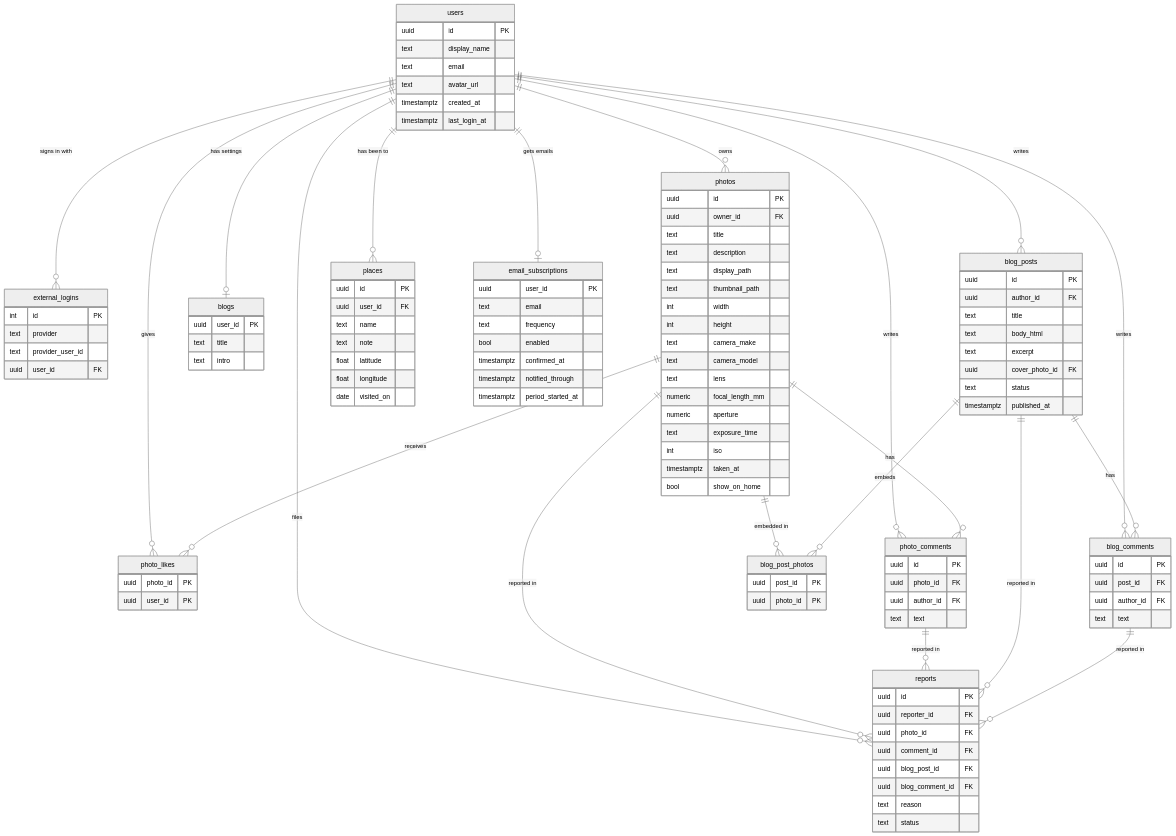
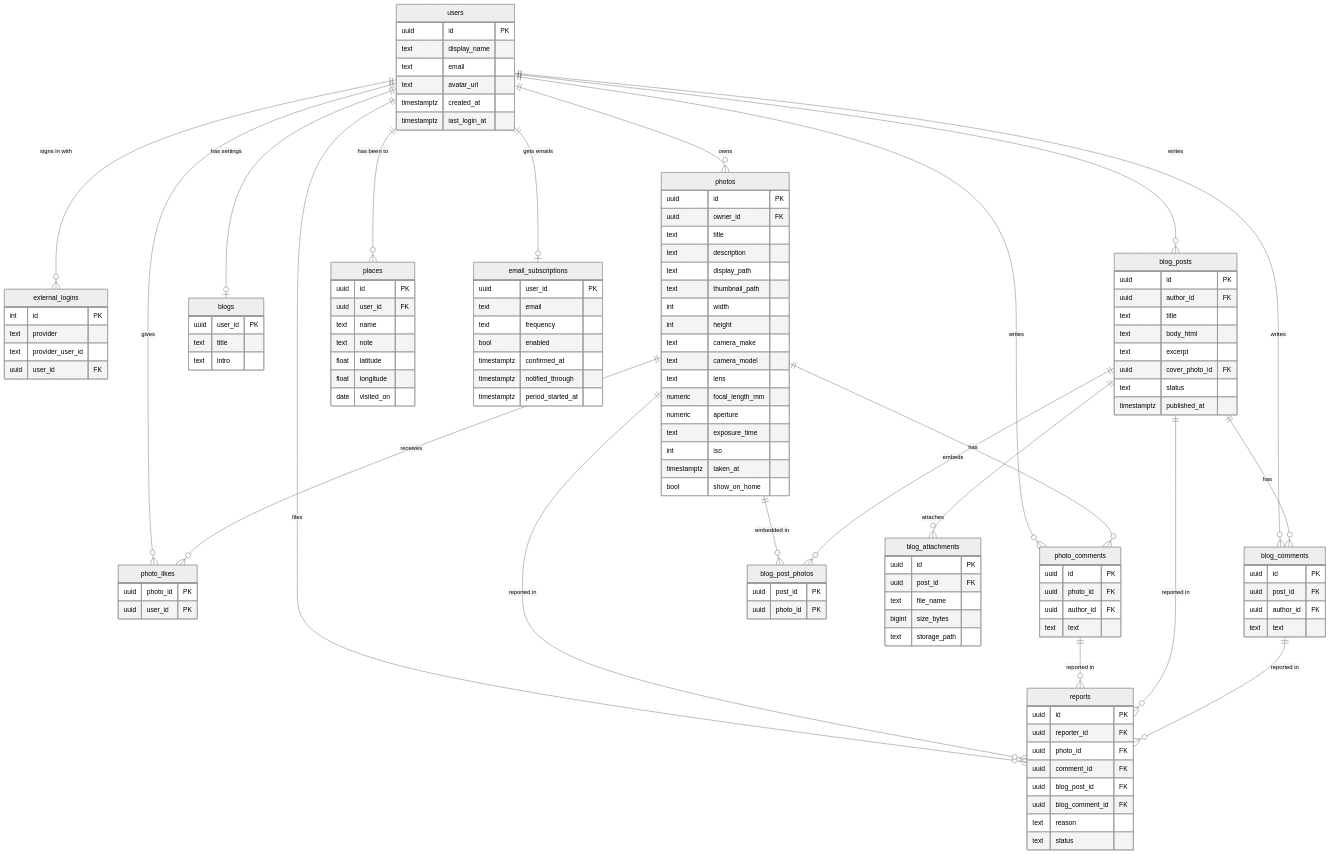
Before and after one commit to martoner75/PhotoWorld: the sixth of 10 diagrams in docs/ARCHITECTURE.md, drawn with Mermaid (neutral theme). The commit also changed other lines of this file and 26 other files, not shown here.

First line of the commit message:
Add PDF attachments and a chosen cover photo to blog posts

```diff
--- a/docs/ARCHITECTURE.md
+++ b/docs/ARCHITECTURE.md
@@ -273,6 +276,7 @@
     photos ||--o{ photo_comments : has
     photos ||--o{ blog_post_photos : "embedded in"
     blog_posts ||--o{ blog_post_photos : embeds
+    blog_posts ||--o{ blog_attachments : attaches
     blog_posts ||--o{ blog_comments : has
     photos ||--o{ reports : "reported in"
     photo_comments ||--o{ reports : "reported in"
@@ -341,6 +345,13 @@
         uuid post_id PK
         uuid photo_id PK
     }
+    blog_attachments {
+        uuid id PK
+        uuid post_id FK
+        text file_name
+        bigint size_bytes
+        text storage_path
+    }
     blog_comments {
         uuid id PK
         uuid post_id FK
```
